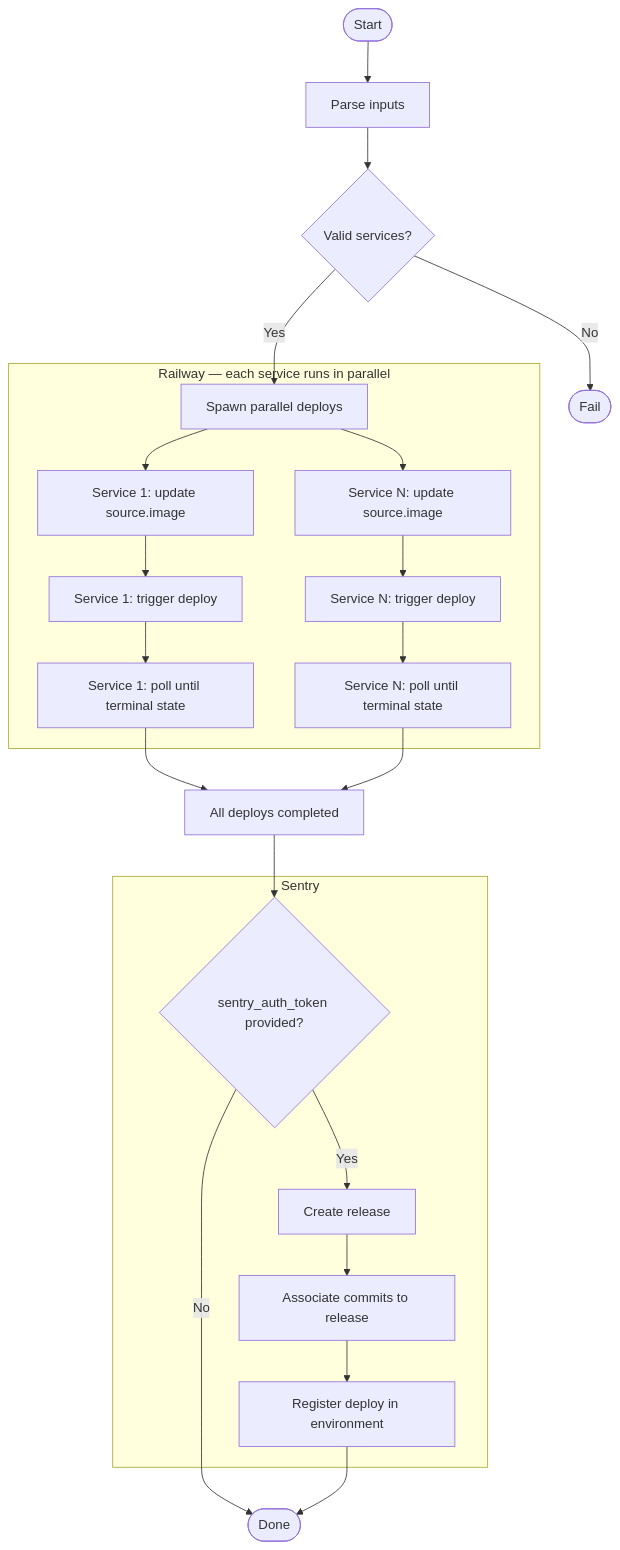
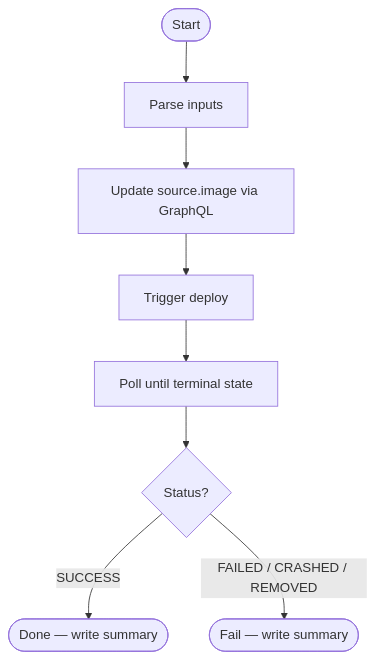
One commit to Spryx-AI/spryx-deploy-action changed the diagram in README.md. Above: the diagram before and after it, drawn with Mermaid. The commit also changed other lines of this file and 8 other files, not shown here.

First line of the commit message:
feat!: simplify to single-service Railway-only deploy

````diff
--- a/README.md
+++ b/README.md
@@ -7,28 +7,10 @@
 ```mermaid
 flowchart TD
     A([Start]) --> B[Parse inputs]
-    B --> C{Valid services?}
-    C -- No --> Z([Fail])
-    C -- Yes --> D[Spawn parallel deploys]
-
-    subgraph Railway [Railway — each service runs in parallel]
-        D --> E1[Service 1: update source.image]
-        D --> E2[Service N: update source.image]
-        E1 --> F1[Service 1: trigger deploy]
-        E2 --> F2[Service N: trigger deploy]
-        F1 --> G1[Service 1: poll until terminal state]
-        F2 --> G2[Service N: poll until terminal state]
-    end
-
-    G1 & G2 --> H[All deploys completed]
-    H --> I{sentry_auth_token provided?}
-    I -- No --> J([Done])
-
-    subgraph Sentry
-        I -- Yes --> K[Create release]
-        K --> L[Associate commits to release]
-        L --> M[Register deploy in environment]
-    end
-
-    M --> J
+    B --> C[Update source.image via GraphQL]
+    C --> D[Trigger deploy]
+    D --> E[Poll until terminal state]
+    E --> F{Status?}
+    F -- SUCCESS --> G([Done — write summary])
+    F -- FAILED / CRASHED / REMOVED --> H([Fail — write summary])
 ```
````
